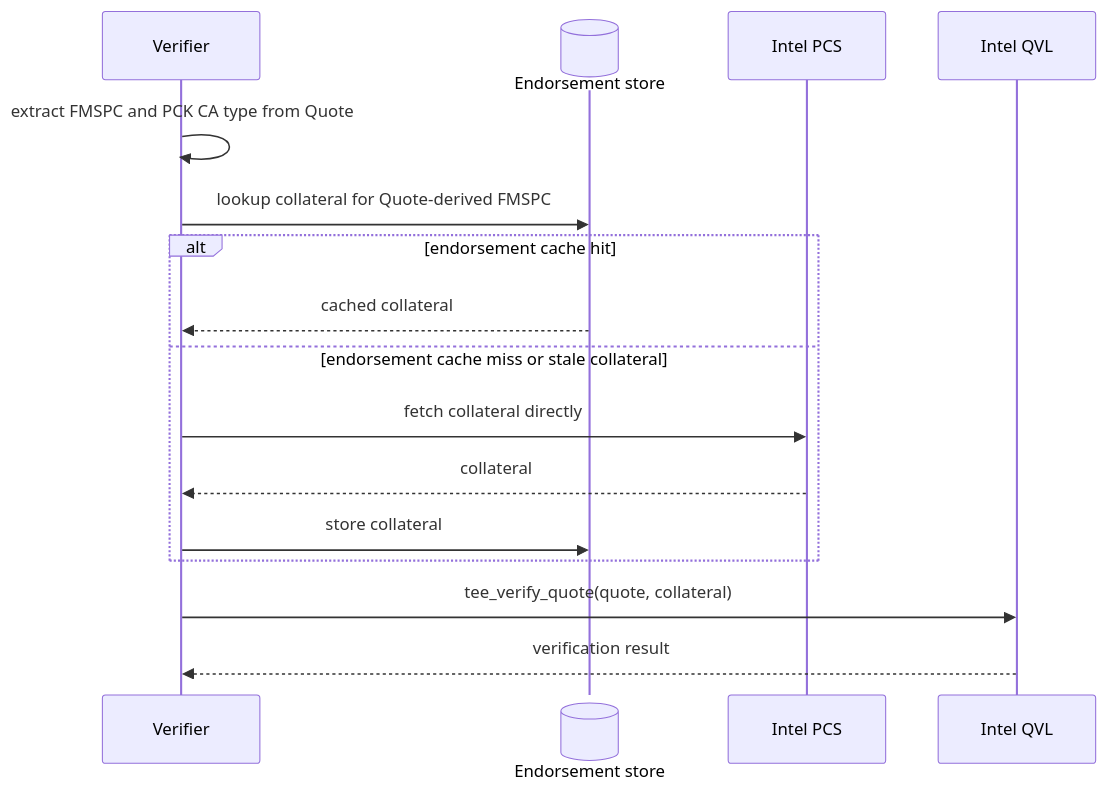
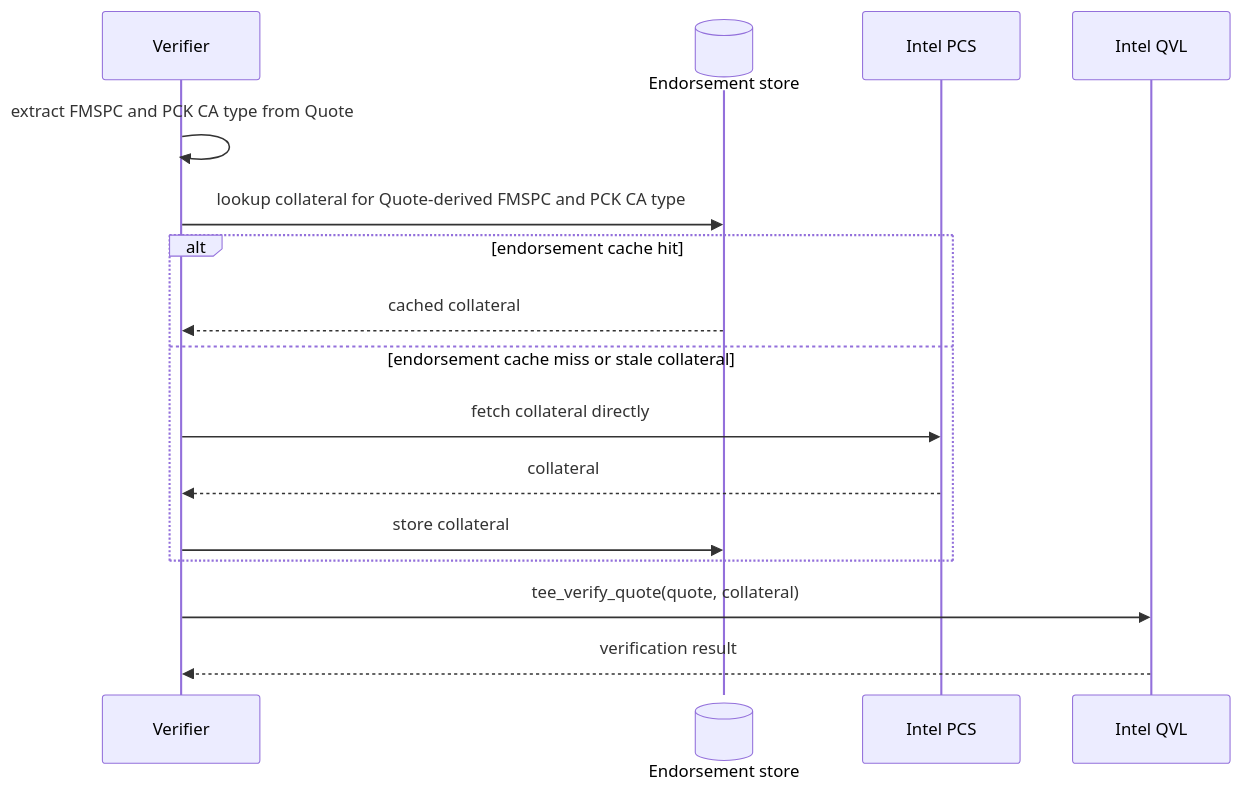
Before and after one commit to kentakayama/AttesTAM: the first of 2 diagrams in doc/SGX_QUOTE_VERIFICATION.md, drawn with Mermaid. The commit also changed other lines of this file and 9 other files, not shown here.

````diff
--- a/doc/SGX_QUOTE_VERIFICATION.md
+++ b/doc/SGX_QUOTE_VERIFICATION.md
@@ -86,19 +90,19 @@
 ```mermaid
 sequenceDiagram
     participant V as Verifier
     participant E@{"type": "database"} as Endorsement store
     participant I as Intel PCS
     participant Q as Intel QVL
 
     V->>V: extract FMSPC and PCK CA type from Quote
-    V->>E: lookup collateral for Quote-derived FMSPC
+    V->>E: lookup collateral for Quote-derived FMSPC and PCK CA type
     alt endorsement cache hit
         E-->>V: cached collateral
     else endorsement cache miss or stale collateral
         V->>I: fetch collateral directly
         I-->>V: collateral
         V->>E: store collateral
     end
     V->>Q: tee_verify_quote(quote, collateral)
     Q-->>V: verification result
 ```
````
